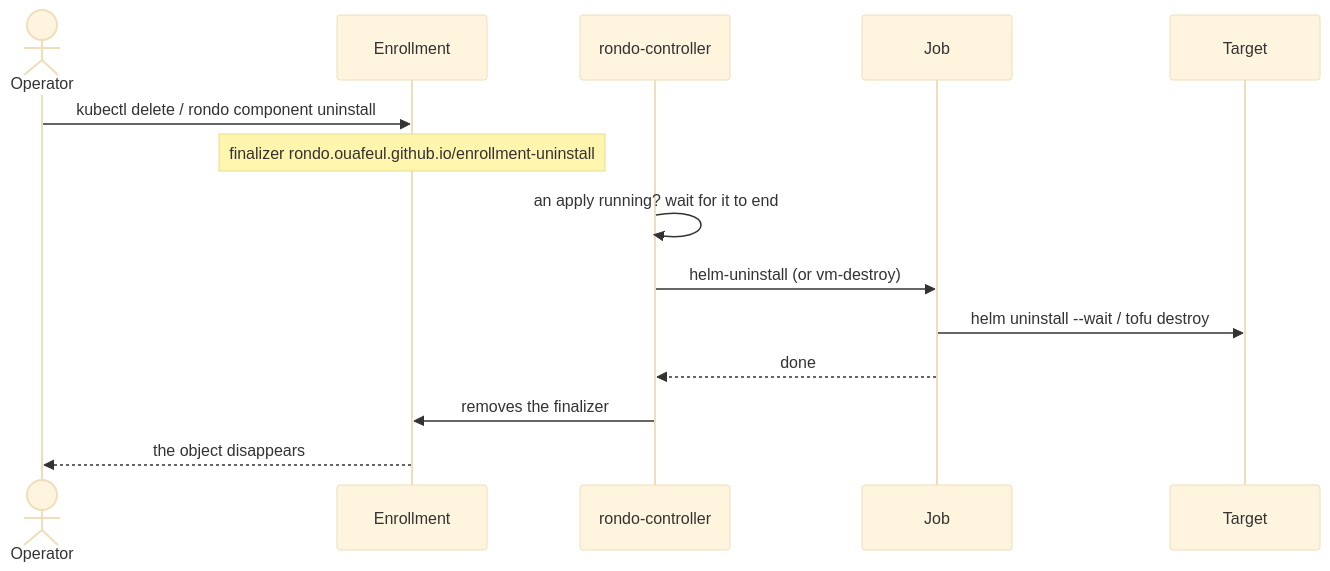
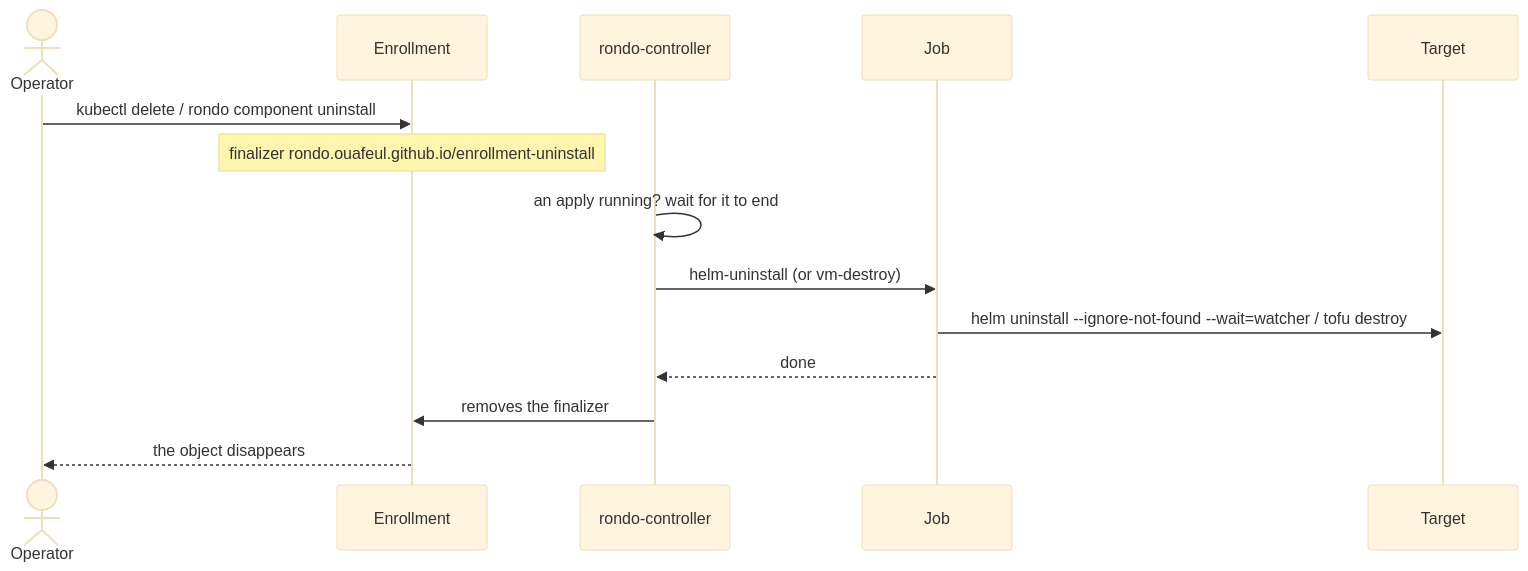
The second of 2 diagrams in docs/src/content/docs/concepts/lifecycle.mdx (ouafeul/rondo), drawn with Mermaid (base theme) before and after one commit. The commit also changed 18 other files, not shown here.

````diff
--- a/docs/src/content/docs/concepts/lifecycle.mdx
+++ b/docs/src/content/docs/concepts/lifecycle.mdx
@@ -121,16 +121,16 @@
 ```mermaid
 sequenceDiagram
   actor Op as Operator
   participant E as Enrollment
   participant C as rondo-controller
   participant J as Job
   participant T as Target
   Op->>E: kubectl delete / rondo component uninstall
   Note over E: finalizer rondo.ouafeul.github.io/enrollment-uninstall
   C->>C: an apply running? wait for it to end
   C->>J: helm-uninstall (or vm-destroy)
-  J->>T: helm uninstall --wait / tofu destroy
+  J->>T: helm uninstall --ignore-not-found --wait=watcher / tofu destroy
   J-->>C: done
   C->>E: removes the finalizer
   E-->>Op: the object disappears
 ```
````
